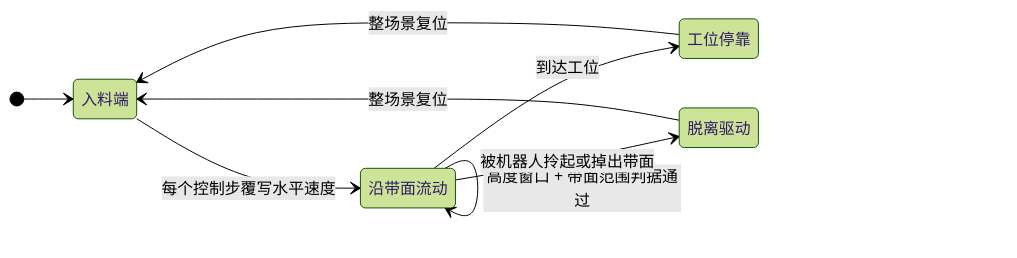
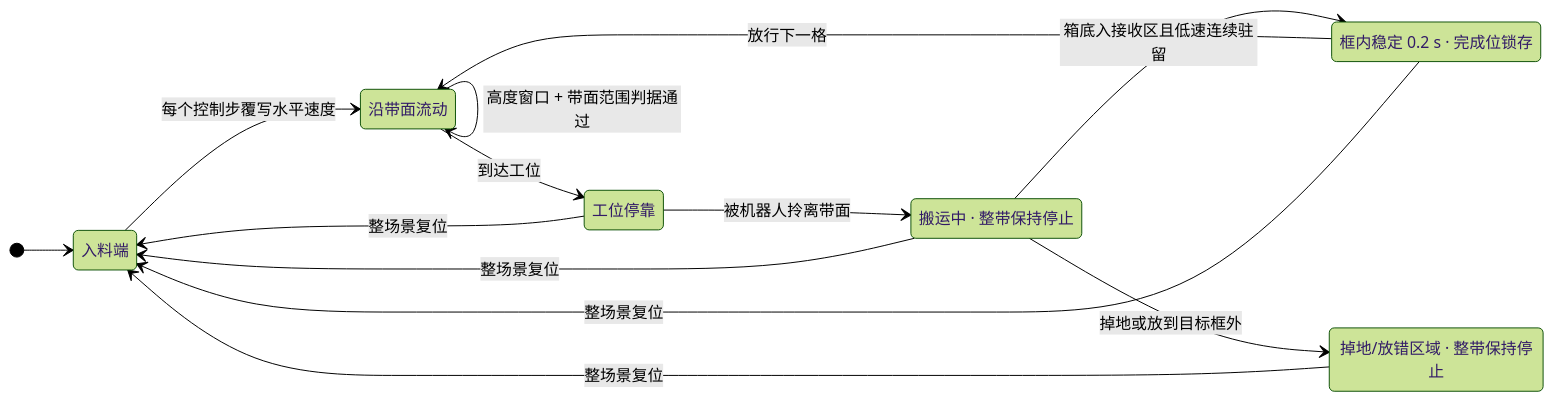
The sixth of 6 diagrams in doc/ar_conveyor_runtime_zh.md (xiaoyang00001/unitree_sim_isaaclab), drawn with Mermaid (forest theme) before and after one commit. The commit also changed other lines of this file and 8 other files, not shown here.

````diff
--- a/doc/ar_conveyor_runtime_zh.md
+++ b/doc/ar_conveyor_runtime_zh.md
@@ -223,16 +223,23 @@
 ```mermaid
 stateDiagram-v2
   direction LR
   [*] --> INFEED
   INFEED: 入料端
   FLOW: 沿带面流动
   STATION: 工位停靠
-  OFFBELT: 脱离驱动
+  CARRY: 搬运中 · 整带保持停止
+  SORTED: 框内稳定 0.2 s · 完成位锁存
+  MISSED: 掉地/放错区域 · 整带保持停止
 
   INFEED --> FLOW: 每个控制步覆写水平速度
   FLOW --> FLOW: 高度窗口 + 带面范围判据通过
   FLOW --> STATION: 到达工位
-  FLOW --> OFFBELT: 被机器人拎起或掉出带面
+  STATION --> CARRY: 被机器人拎离带面
+  CARRY --> SORTED: 箱底入接收区且低速连续驻留
+  CARRY --> MISSED: 掉地或放到目标框外
+  SORTED --> FLOW: 放行下一格
   STATION --> INFEED: 整场景复位
-  OFFBELT --> INFEED: 整场景复位
+  CARRY --> INFEED: 整场景复位
+  SORTED --> INFEED: 整场景复位
+  MISSED --> INFEED: 整场景复位
 ```
````
